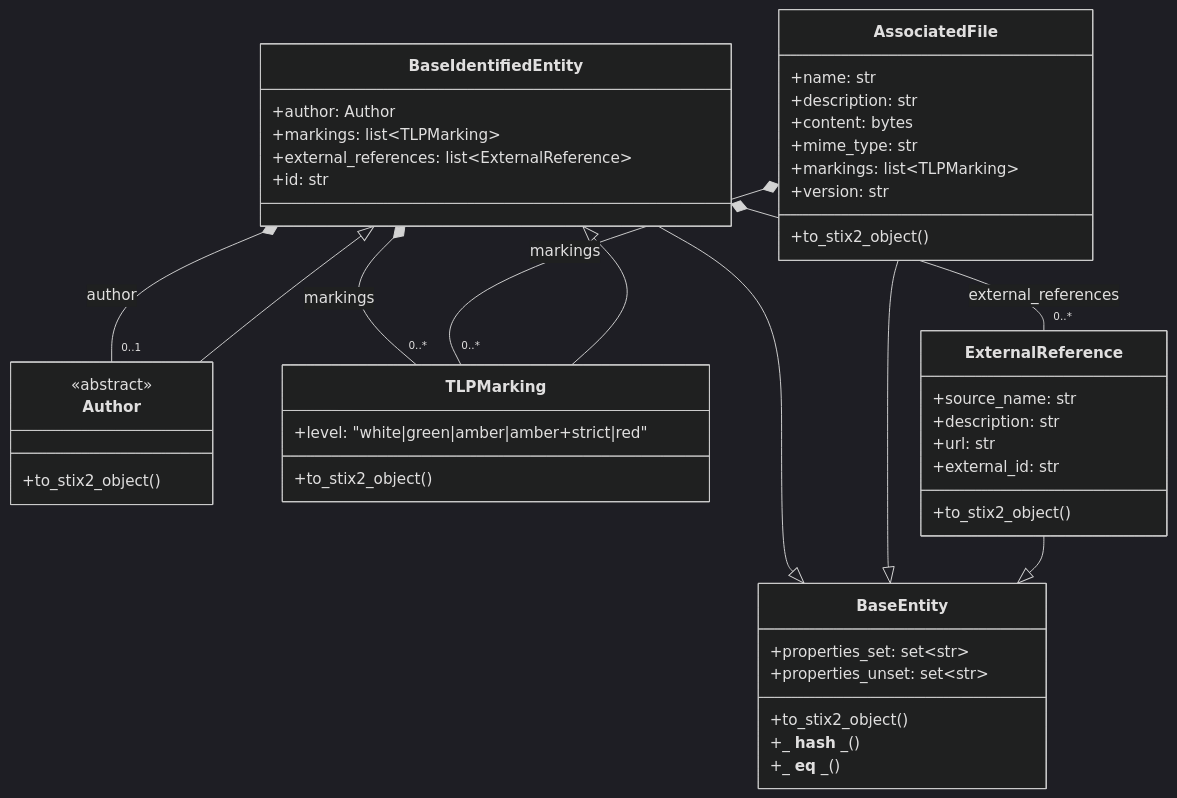
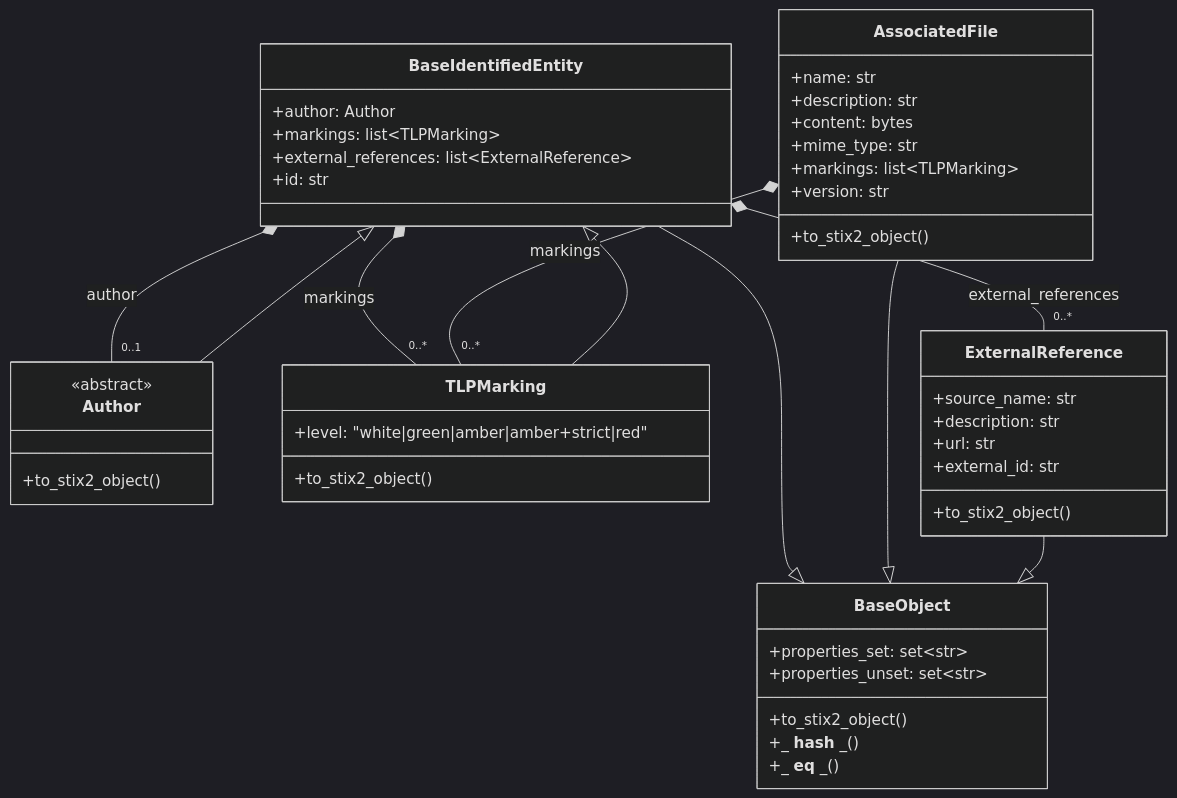
Before and after one commit to OpenCTI-Platform/connectors: the diagram in connectors-sdk/TDRs/2025-06-06-Rely_on_pydantic_OCTI_models.md, drawn with Mermaid (dark theme). The commit also changed other lines of this file and 15 other files, not shown here.

Commit message:
fix: Rename BaseEntity -> BaseObject & expose

````diff
--- a/connectors-sdk/TDRs/2025-06-06-Rely_on_pydantic_OCTI_models.md
+++ b/connectors-sdk/TDRs/2025-06-06-Rely_on_pydantic_OCTI_models.md
@@ -27,65 +27,65 @@
 ```mermaid
 classDiagram
     %% =====================
     %% ABSTRACT BASES
-    class BaseEntity {
+    class BaseObject {
         +properties_set: set~str~
         +properties_unset: set~str~
         +to_stix2_object()
         +_ __hash__ _()
         +_ __eq__ _()
     }
 
     class BaseIdentifiedEntity {
         +author: Author
         +markings: list~TLPMarking~
         +external_references: list~ExternalReference~
         +id: str
     }
-    BaseIdentifiedEntity --|> BaseEntity
+    BaseIdentifiedEntity --|> BaseObject
 
     class Author {
         <<abstract>>
         +to_stix2_object()
     }
     Author --|> BaseIdentifiedEntity
 
     %% =====================
     %% COMMON MODELS
     class AssociatedFile {
         +name: str
         +description: str
         +content: bytes
         +mime_type: str
         +markings: list~TLPMarking~
         +version: str
         +to_stix2_object()
     }
-    AssociatedFile --|> BaseEntity
+    AssociatedFile --|> BaseObject
 
    
 
     class TLPMarking {
         +level: "white|green|amber|amber+strict|red"
         +to_stix2_object()
     }
     TLPMarking --|> BaseIdentifiedEntity
 
     class ExternalReference {
         +source_name: str
         +description: str
         +url: str
         +external_id: str
         +to_stix2_object()
     }
-    ExternalReference --|> BaseEntity
+    ExternalReference --|> BaseObject
 
     %% =====================
     %% RELATIONSHIPS
     BaseIdentifiedEntity *-- "0..1" Author : author
     BaseIdentifiedEntity *-- "0..*" TLPMarking : markings
     BaseIdentifiedEntity *-- "0..*" ExternalReference : external_references
 
     AssociatedFile  *-- "0..*" TLPMarking : markings
 
 ```
````
